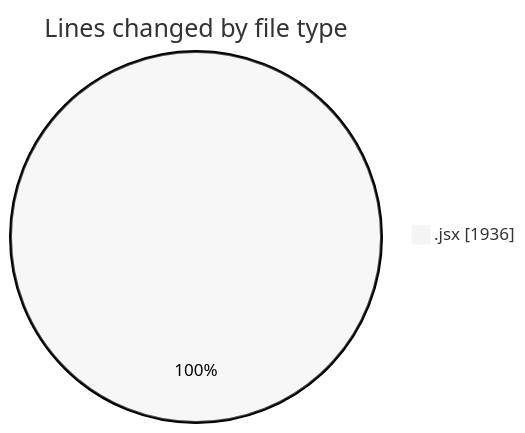
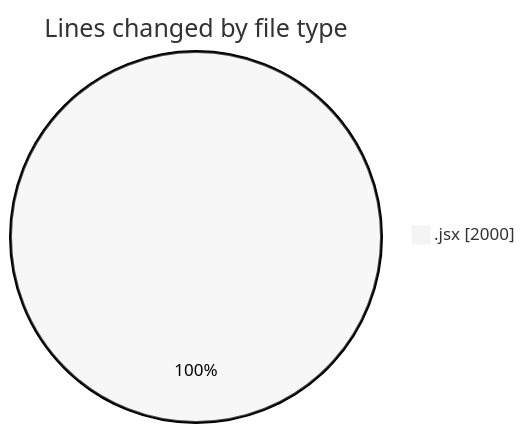
The first of 2 diagrams in 2025-05-12/argos-dev/README.md (nxtqubesakshisongat/code-tracking), drawn with Mermaid (neutral theme) before and after one commit. The commit also changed other lines of this file and 1 other file, not shown here.

````diff
--- a/2025-05-12/argos-dev/README.md
+++ b/2025-05-12/argos-dev/README.md
@@ -23,5 +26,5 @@
 ```mermaid
 pie showData
 title Lines changed by file type
-".jsx" : 1936
+".jsx" : 2000
 ```
````
